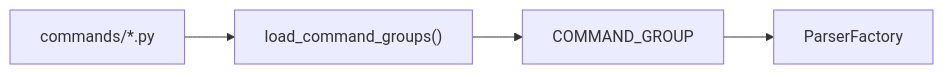
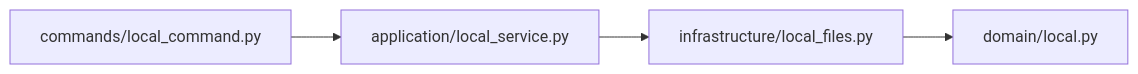
Before and after one commit to nyml2003/work-context: the seventh of 9 diagrams in docs/architecture.md, drawn with Mermaid. The commit also changed other lines of this file and 34 other files, not shown here.

````diff
--- a/docs/architecture.md
+++ b/docs/architecture.md
@@ -275,11 +384,11 @@
 ```mermaid
 flowchart LR
-    Modules["commands/*.py"]
-    Loader["load_command_groups()"]
-    Group["COMMAND_GROUP"]
-    Parser["ParserFactory"]
+    LocalCommand["commands/local_command.py"]
+    LocalService["application/local_service.py"]
+    LocalFiles["infrastructure/local_files.py"]
+    LocalDomain["domain/local.py"]
 
-    Modules --> Loader
-    Loader --> Group
-    Group --> Parser
+    LocalCommand --> LocalService
+    LocalService --> LocalFiles
+    LocalFiles --> LocalDomain
 ```
````
